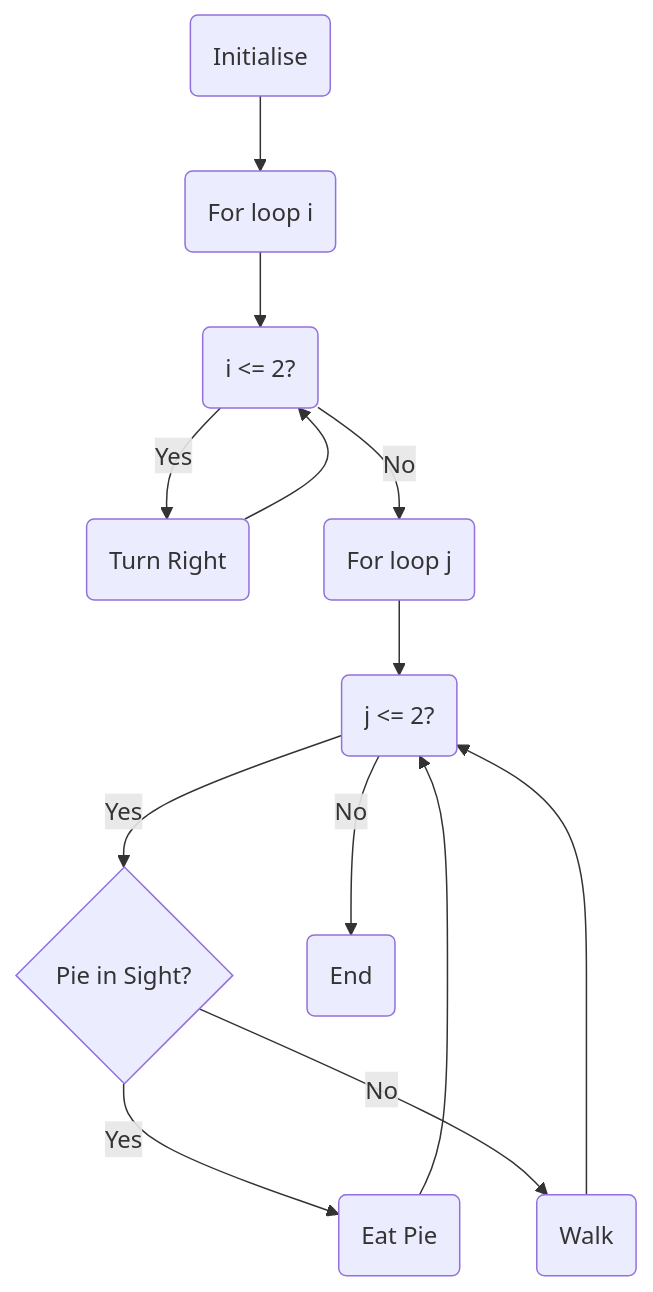
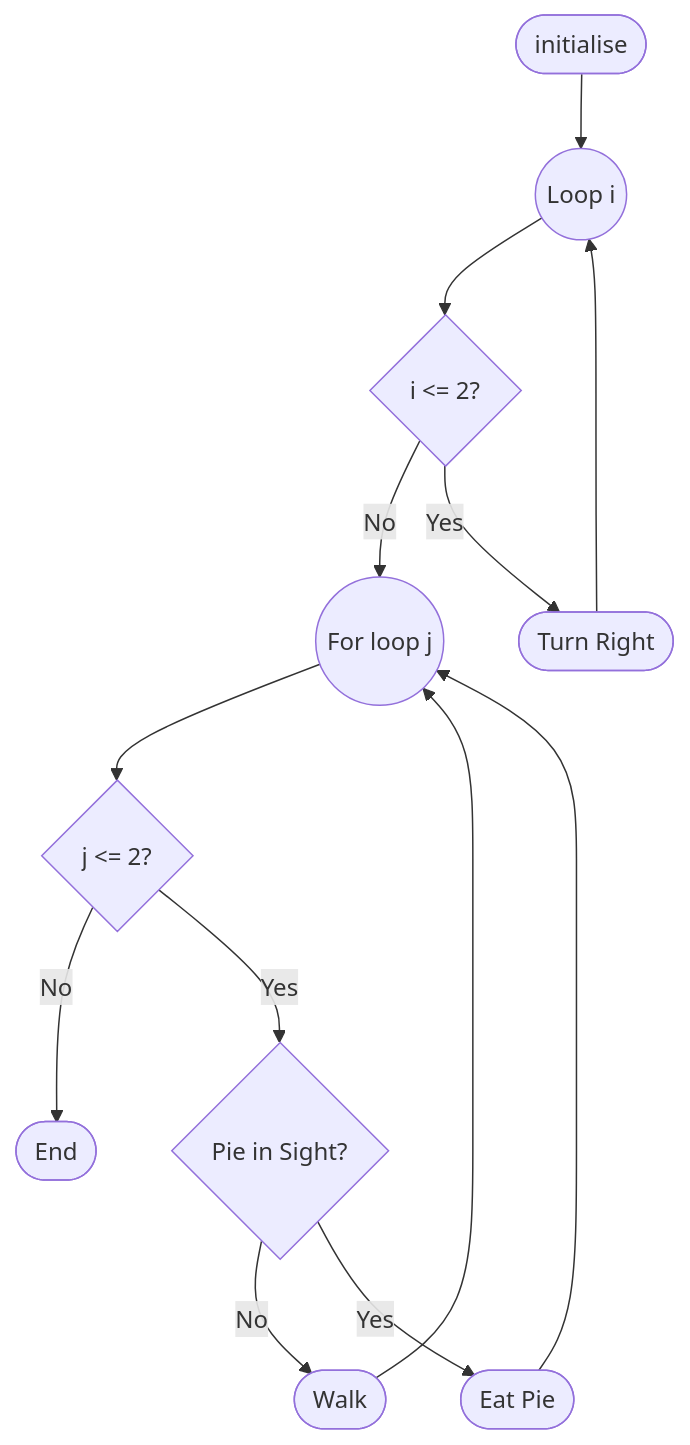
The diagram in flow.mmd (Justaz17/learn-software-testing), drawn with Mermaid before and after one commit. The commit also changed 2 other files, not shown here.

```diff
--- a/flow.mmd
+++ b/flow.mmd
@@ -1,24 +1,24 @@
-graph TD;
-    initialise(Initialise)
-    fori(For loop i)
-    condi("i <= 2?")
-    turn(Turn Right)
-    forj(For loop j)
-    condj("j <= 2?")
-    pieCheck{Pie in Sight?}
-    eatPie(Eat Pie)
-    walk(Walk)
-    endCode(End)
+flowchart TD;
+    initialise([initialise])
+    Loop1((Loop i))
+    If1{"i <= 2?"}
+    codeTurn([Turn Right])
+    Loop2((For loop j))
+    If2{"j <= 2?"}
+    codePieCheck{Pie in Sight?}
+    codeEatPie([Eat Pie])
+    codeWalk([Walk])
+    endCode([End])
     
-    initialise --> fori
-    fori --> condi
-    condi -- Yes --> turn
-    turn --> condi
-    condi -- No --> forj
-    forj --> condj
-    condj -- Yes --> pieCheck
-    pieCheck -- Yes --> eatPie
-    eatPie --> condj
-    pieCheck -- No --> walk
-    walk --> condj
-    condj -- No --> endCode
+    initialise --> Loop1
+    Loop1 --> If1
+    If1 -- No --> Loop2
+    If1 -- Yes --> codeTurn
+    codeTurn --> Loop1
+    Loop2 --> If2
+    If2 -- No --> endCode
+    If2 -- Yes --> codePieCheck
+    codePieCheck -- No --> codeWalk
+    codePieCheck -- Yes --> codeEatPie
+    codeEatPie --> Loop2
+    codeWalk --> Loop2
```
